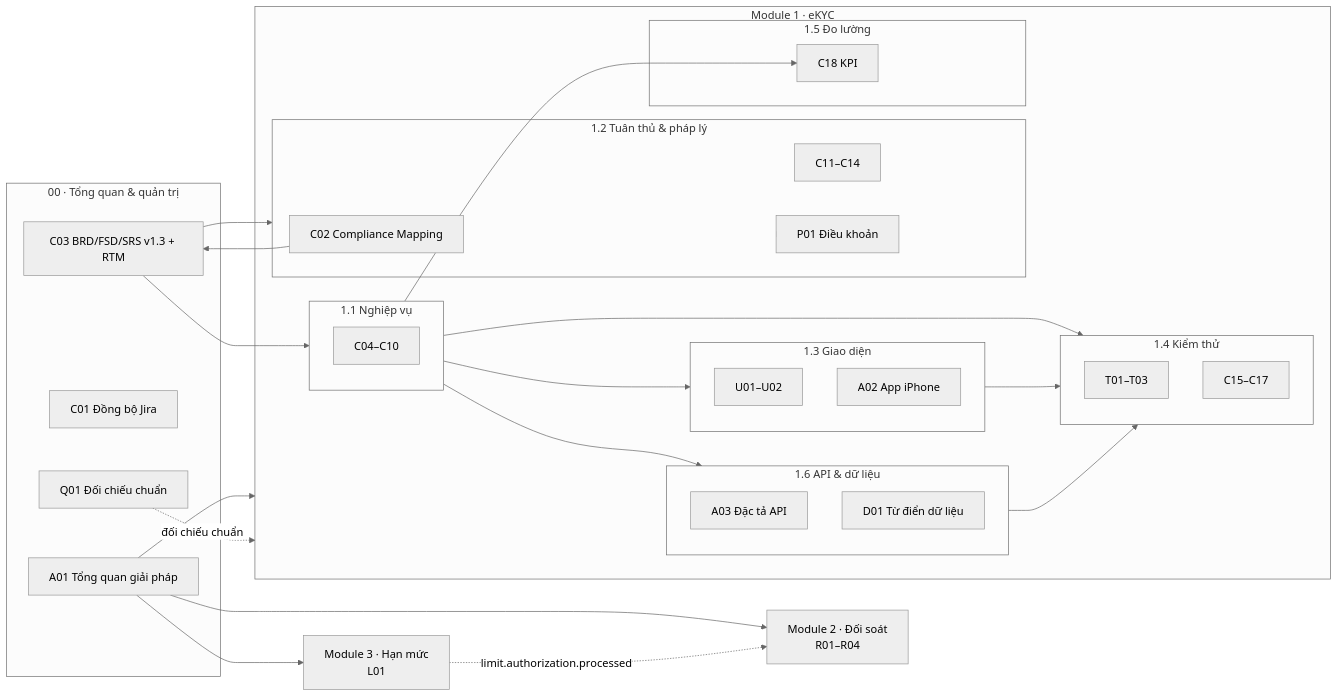
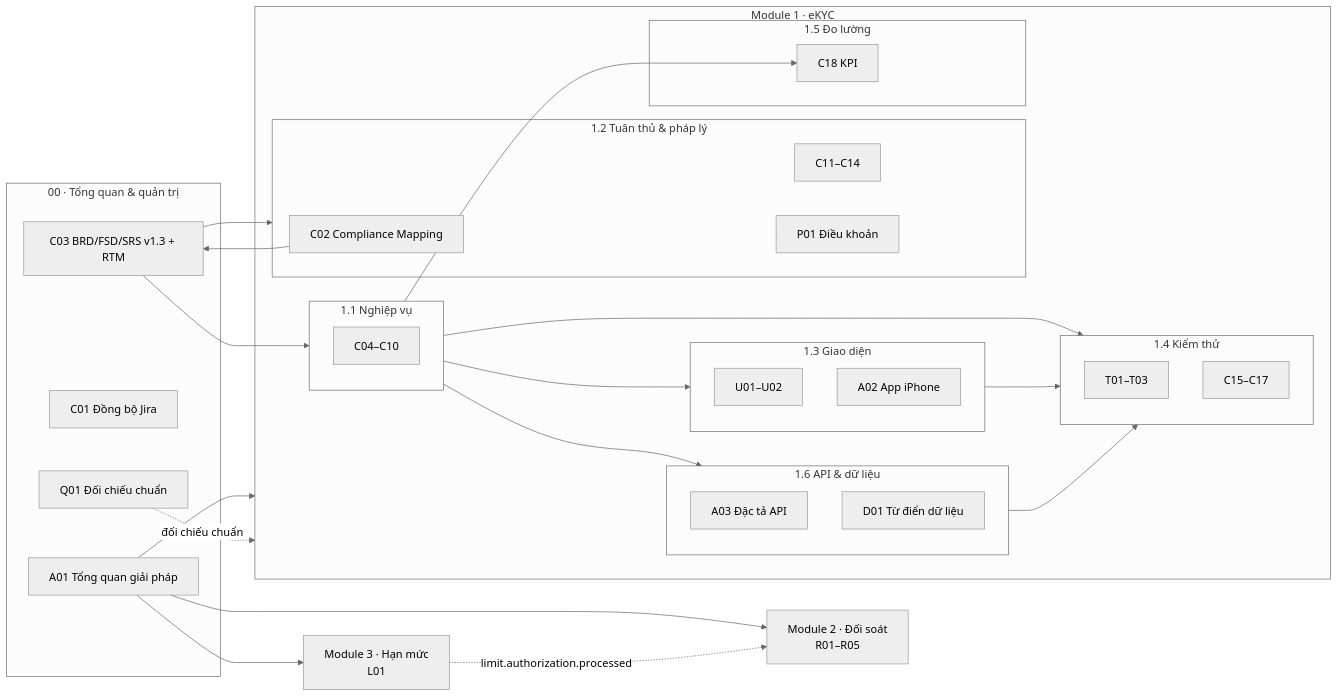
The diagram in docs/README.md (handao2303/aegis-ekyc-ui), drawn with Mermaid (neutral theme) before and after one commit. The commit also changed other lines of this file and 6 other files, not shown here.

````diff
--- a/docs/README.md
+++ b/docs/README.md
@@ -30,51 +30,51 @@
 ```mermaid
 flowchart LR
     subgraph O["00 · Tổng quan & quản trị"]
         A01["A01 Tổng quan giải pháp"]
         C01["C01 Đồng bộ Jira"]
         C03["C03 BRD/FSD/SRS v1.3 + RTM"]
         Q01["Q01 Đối chiếu chuẩn"]
     end
     subgraph M1["Module 1 · eKYC"]
         subgraph B["1.1 Nghiệp vụ"]
             C0410["C04–C10"]
         end
         subgraph P["1.2 Tuân thủ & pháp lý"]
             C02["C02 Compliance Mapping"]
             C1114["C11–C14"]
             P01["P01 Điều khoản"]
         end
         subgraph U["1.3 Giao diện"]
             U0102["U01–U02"]
             A02["A02 App iPhone"]
         end
         subgraph T["1.4 Kiểm thử"]
             T0103["T01–T03"]
             C1517["C15–C17"]
         end
         subgraph K["1.5 Đo lường"]
             C18["C18 KPI"]
         end
         subgraph D["1.6 API & dữ liệu"]
             A03["A03 Đặc tả API"]
             D01["D01 Từ điển dữ liệu"]
         end
     end
-    R01["Module 2 · Đối soát<br/>R01–R04"]
+    R01["Module 2 · Đối soát<br/>R01–R05"]
     L01["Module 3 · Hạn mức<br/>L01"]
     C02 --> C03
     C03 --> B
     C03 --> P
     B --> U
     P --> P01
     B --> T
     U --> T
     B --> C18
     B --> D
     D --> T
     A01 --> M1
     Q01 -. "đối chiếu chuẩn" .-> M1
     A01 --> R01
     A01 --> L01
     L01 -. "limit.authorization.processed" .-> R01
 ```
````
